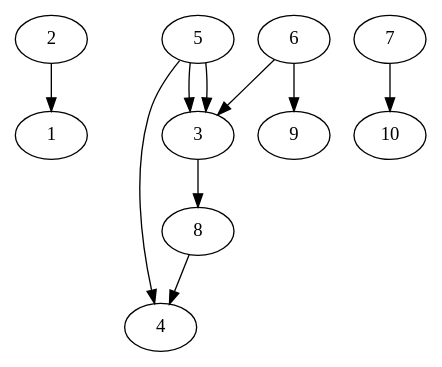
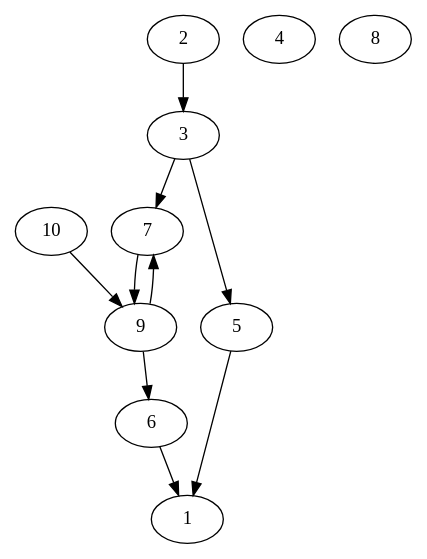
The diagram in proyecto_1/archivos_graphviz/grafo_erdos_renyi.dot (ElvisTech007/proyectos_DAA), drawn with Graphviz before and after one commit. The commit also changed 1 other file, not shown here.

Commit message:
Cambios menores a funcion de graphviz

```diff
--- a/proyecto_1/archivos_graphviz/grafo_erdos_renyi.dot
+++ b/proyecto_1/archivos_graphviz/grafo_erdos_renyi.dot
@@ -1,21 +1,21 @@
 digraph G_1 {
     1;
     2;
     3;
     4;
     5;
     6;
     7;
     8;
     9;
     10;
-    5 -> 4;
-    5 -> 3;
-    3 -> 8;
-    5 -> 3;
-    6 -> 3;
-    6 -> 9;
-    8 -> 4;
-    7 -> 10;
-    2 -> 1;
+    9 -> 7;
+    10 -> 9;
+    3 -> 5;
+    9 -> 6;
+    5 -> 1;
+    6 -> 1;
+    3 -> 7;
+    7 -> 9;
+    2 -> 3;
 }
```
